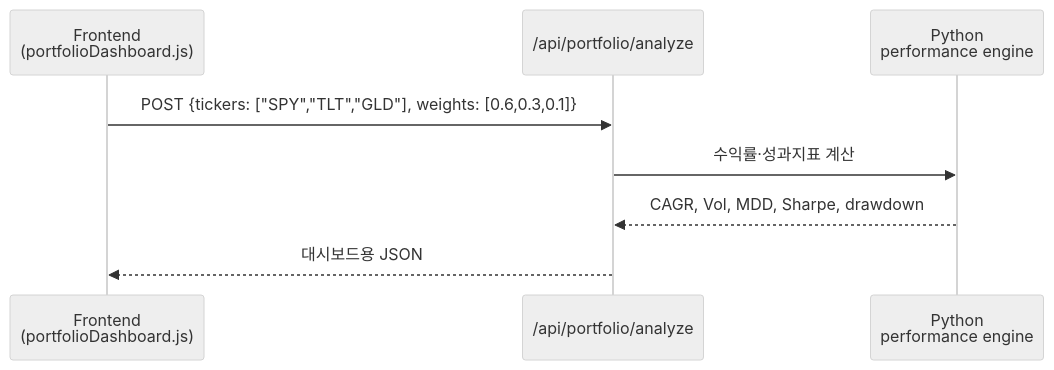
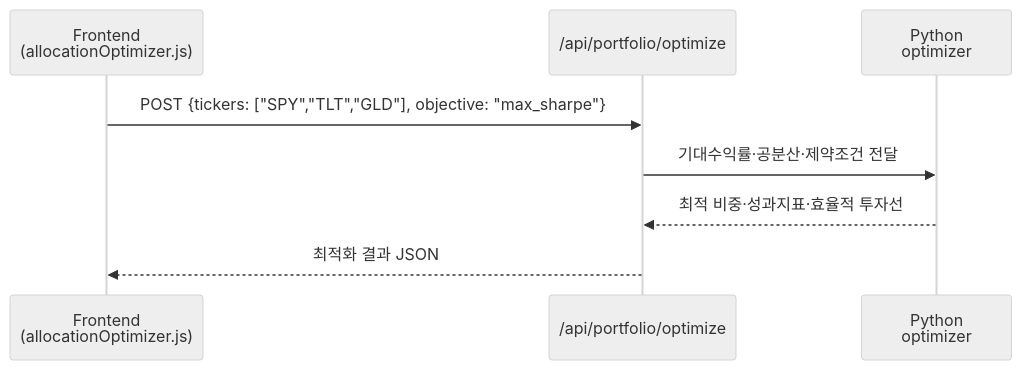
Before and after one commit to edumgt/python-quant: the first of 8 diagrams in docs/15.md, drawn with Mermaid (neutral theme). The commit also changed other lines of this file and 36 other files, not shown here.

````diff
--- a/docs/15.md
+++ b/docs/15.md
@@ -210,11 +265,11 @@
 ```mermaid
 sequenceDiagram
-    participant F as Frontend<br/>(portfolioDashboard.js)
-    participant A as /api/portfolio/analyze
-    participant P as Python<br/>performance engine
+    participant F as Frontend<br/>(allocationOptimizer.js)
+    participant A as /api/portfolio/optimize
+    participant P as Python<br/>optimizer
 
-    F->>A: POST {tickers: ["SPY","TLT","GLD"], weights: [0.6,0.3,0.1]}
-    A->>P: 수익률·성과지표 계산
-    P-->>A: CAGR, Vol, MDD, Sharpe, drawdown
-    A-->>F: 대시보드용 JSON
+    F->>A: POST {tickers: ["SPY","TLT","GLD"], objective: "max_sharpe"}
+    A->>P: 기대수익률·공분산·제약조건 전달
+    P-->>A: 최적 비중·성과지표·효율적 투자선
+    A-->>F: 최적화 결과 JSON
 ```
````
